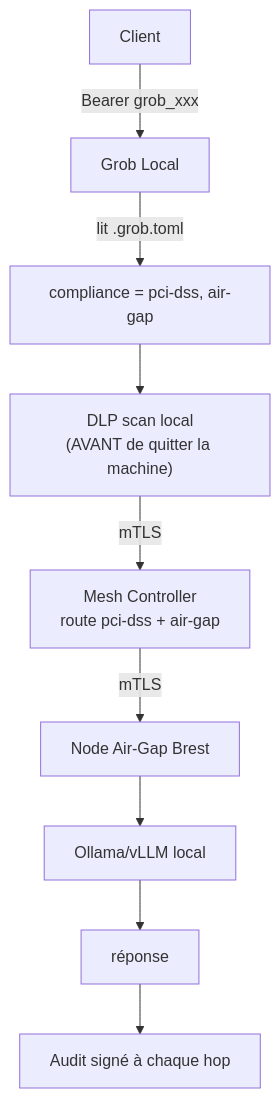
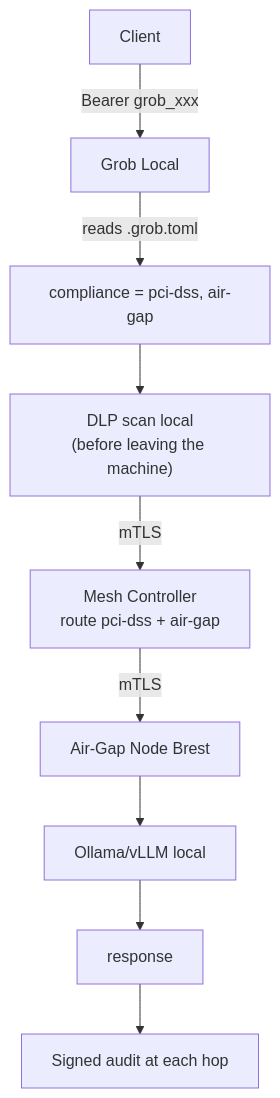
The first of 2 diagrams in ROADMAP.md (azerozero/grob), drawn with Mermaid before and after one commit. The commit also changed other lines of this file and 3 other files, not shown here.

First line of the commit message:
docs: translate French to English + deduplicate diagrams

````diff
--- a/ROADMAP.md
+++ b/ROADMAP.md
@@ -100,11 +100,11 @@
 ```mermaid
 flowchart TB
     client["Client"] -->|"Bearer grob_xxx"| local["Grob Local"]
-    local -->|"lit .grob.toml"| compliance["compliance = pci-dss, air-gap"]
-    compliance --> dlp["DLP scan local<br/>(AVANT de quitter la machine)"]
+    local -->|"reads .grob.toml"| compliance["compliance = pci-dss, air-gap"]
+    compliance --> dlp["DLP scan local<br/>(before leaving the machine)"]
     dlp -->|mTLS| ctrl["Mesh Controller<br/>route pci-dss + air-gap"]
-    ctrl -->|mTLS| node["Node Air-Gap Brest"]
+    ctrl -->|mTLS| node["Air-Gap Node Brest"]
     node --> ollama["Ollama/vLLM local"]
-    ollama --> resp["réponse"]
-    resp --> audit["Audit signé à chaque hop"]
+    ollama --> resp["response"]
+    resp --> audit["Signed audit at each hop"]
 ```
````
